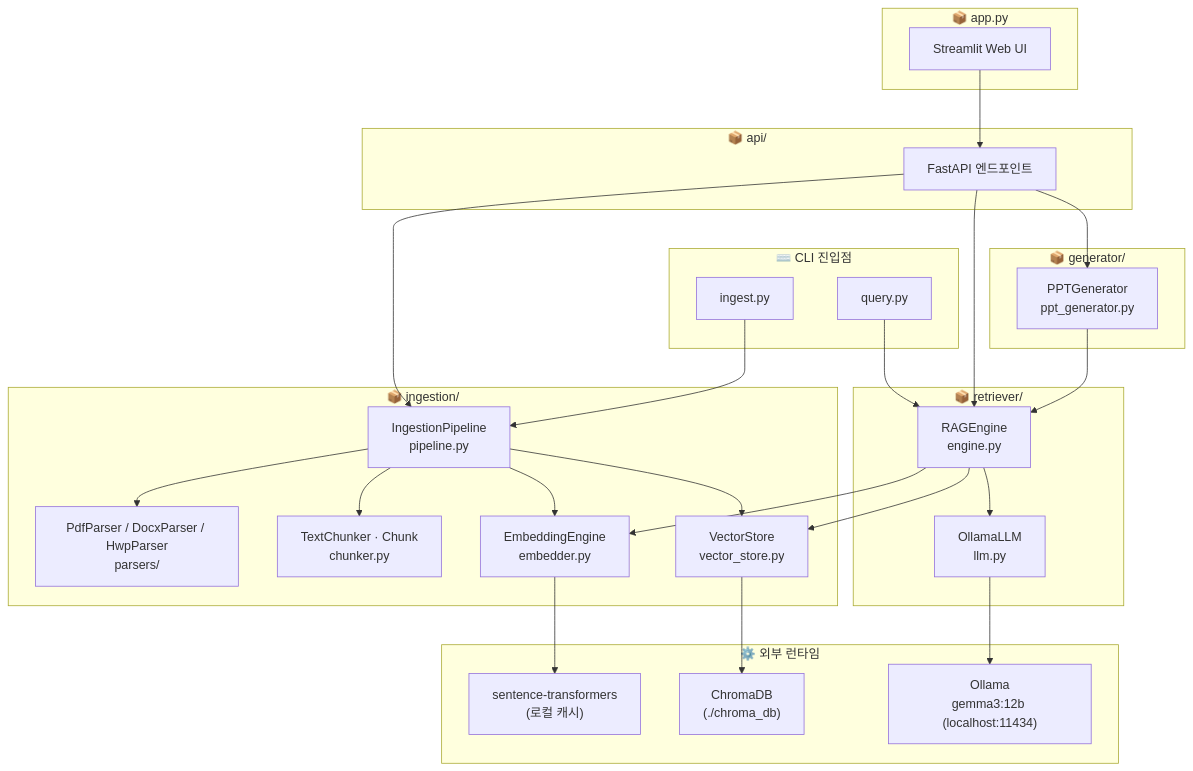
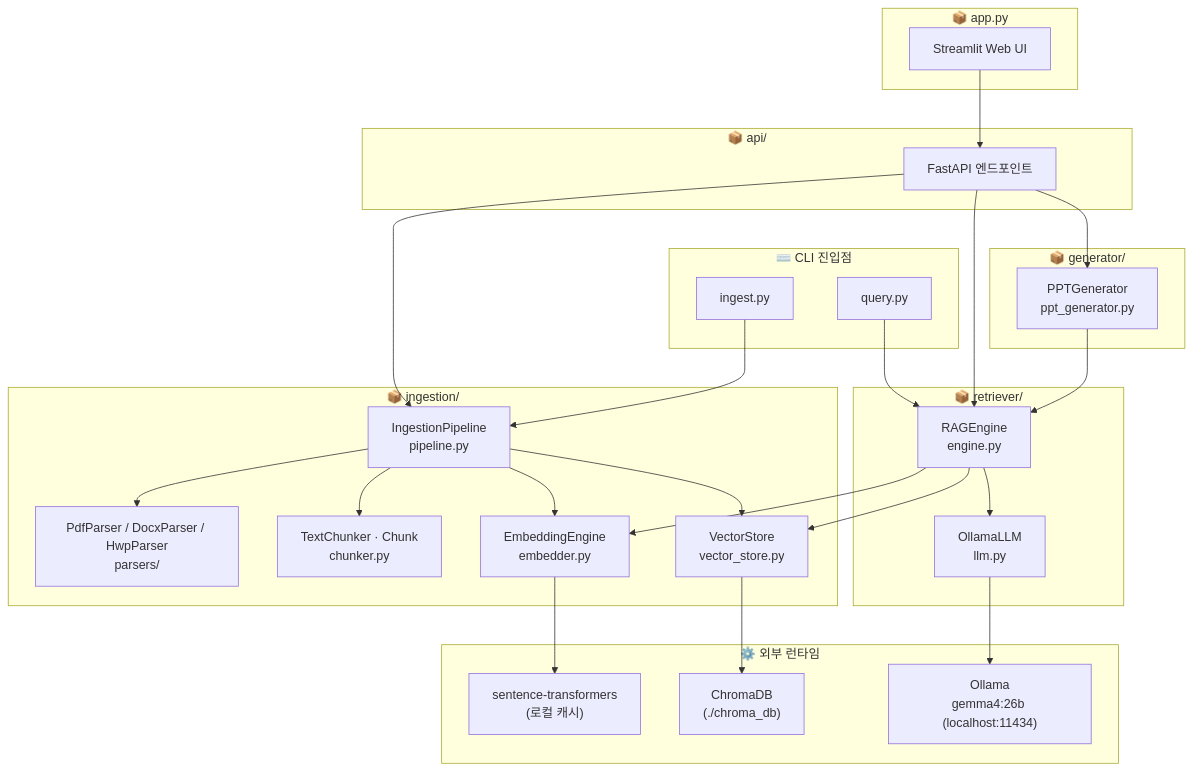
Before and after one commit to algum1737/ragSystem_codex: the second of 3 diagrams in docs/architecture.md, drawn with Mermaid. The commit also changed other lines of this file and 13 other files, not shown here.

````diff
--- a/docs/architecture.md
+++ b/docs/architecture.md
@@ -56,52 +56,52 @@
 ```mermaid
 graph TD
     subgraph CLI["⌨️ CLI 진입점"]
         ingest["ingest.py"]
         query["query.py"]
     end
 
     subgraph ingestion["📦 ingestion/"]
         pipeline["IngestionPipeline\npipeline.py"]
         parsers["PdfParser / DocxParser / HwpParser\nparsers/"]
         chunker["TextChunker · Chunk\nchunker.py"]
         embedder["EmbeddingEngine\nembedder.py"]
         vectorstore["VectorStore\nvector_store.py"]
     end
 
     subgraph retriever["📦 retriever/"]
         llm["OllamaLLM\nllm.py"]
         engine["RAGEngine\nengine.py"]
     end
 
     subgraph generator["📦 generator/"]
         ppt["PPTGenerator\nppt_generator.py"]
     end
 
     subgraph api["📦 api/"]
         fastapi["FastAPI 엔드포인트"]
     end
 
     subgraph ui["📦 app.py"]
         webui["Streamlit Web UI"]
     end
 
     subgraph external["⚙️ 외부 런타임"]
-        ollama["Ollama\ngemma3:12b (localhost:11434)"]
+        ollama["Ollama\ngemma4:26b (localhost:11434)"]
         chroma["ChromaDB\n(./chroma_db)"]
         stmodel["sentence-transformers\n(로컬 캐시)"]
     end
 
     ingest --> pipeline
     pipeline --> parsers & chunker & embedder & vectorstore
 
     query --> engine
     engine --> embedder & vectorstore & llm
     llm --> ollama
     embedder --> stmodel
     vectorstore --> chroma
 
     ppt --> engine
 
     fastapi --> pipeline & engine & ppt
     webui --> fastapi
 ```
````
